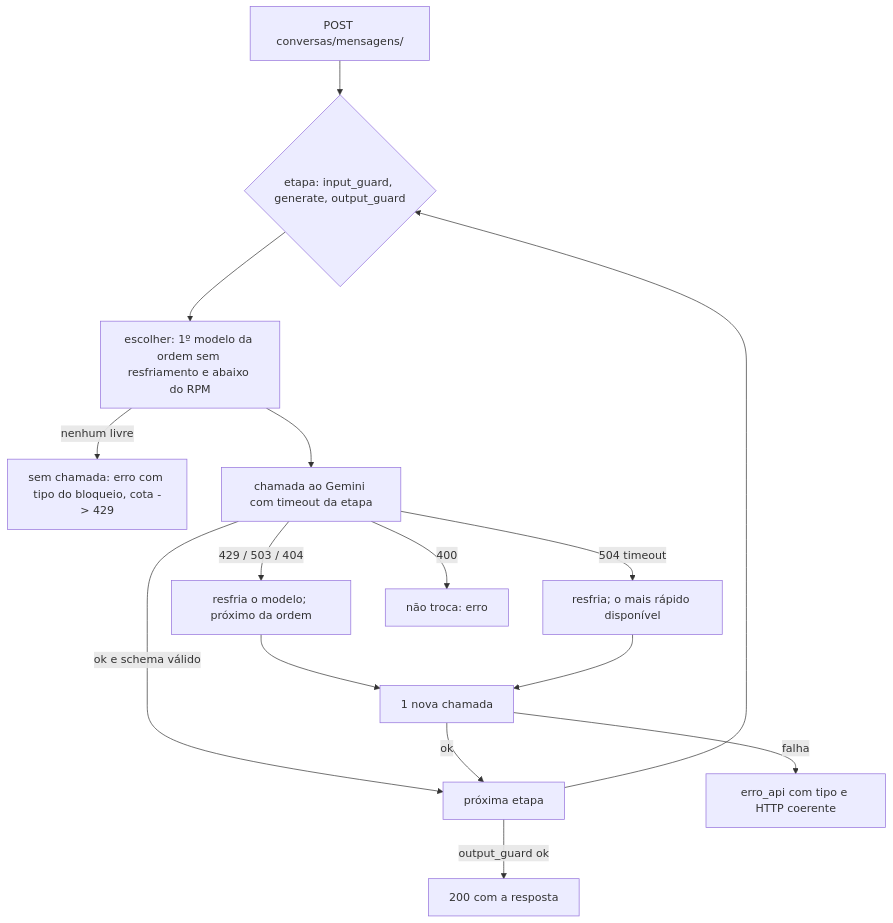
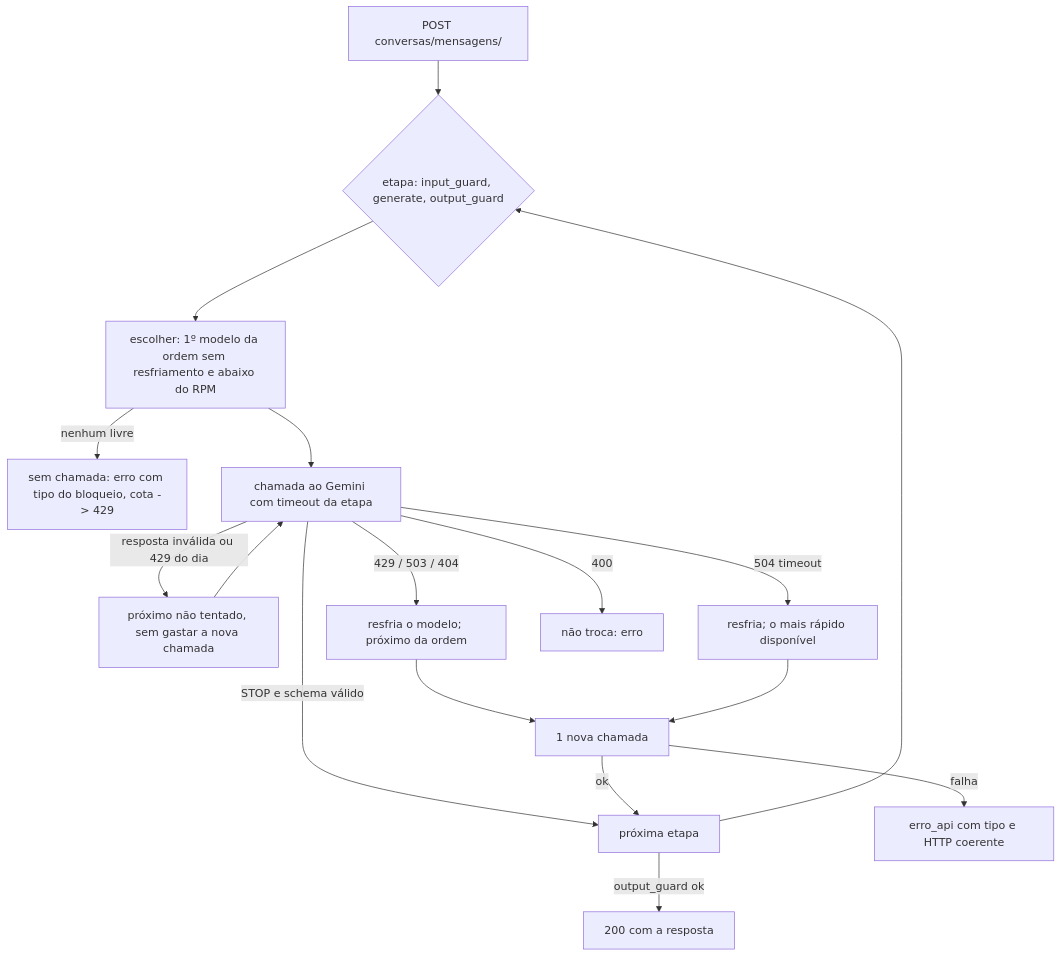
The diagram in docs/rotacao-modelos-gemini.md (JonathaCosta10/batalha-agente-backend), drawn with Mermaid before and after one commit. The commit also changed other lines of this file and 14 other files, not shown here.

````diff
--- a/docs/rotacao-modelos-gemini.md
+++ b/docs/rotacao-modelos-gemini.md
@@ -95,17 +104,19 @@
 ```mermaid
 flowchart TD
     M[POST conversas/mensagens/] --> E{etapa: input_guard, generate, output_guard}
     E --> C[escolher: 1º modelo da ordem sem resfriamento e abaixo do RPM]
     C -->|nenhum livre| X[sem chamada: erro com tipo do bloqueio, cota -> 429]
     C --> K[chamada ao Gemini com timeout da etapa]
-    K -->|ok e schema válido| P[próxima etapa]
+    K -->|STOP e schema válido| P[próxima etapa]
+    K -->|resposta inválida ou 429 do dia| N[próximo não tentado, sem gastar a nova chamada]
+    N --> K
     K -->|429 / 503 / 404| R[resfria o modelo; próximo da ordem]
     K -->|504 timeout| F[resfria; o mais rápido disponível]
     K -->|400| Z[não troca: erro]
     R --> K2[1 nova chamada]
     F --> K2
     K2 -->|ok| P
     K2 -->|falha| Y[erro_api com tipo e HTTP coerente]
     P --> E
     P -->|output_guard ok| OK[200 com a resposta]
 ```
````
